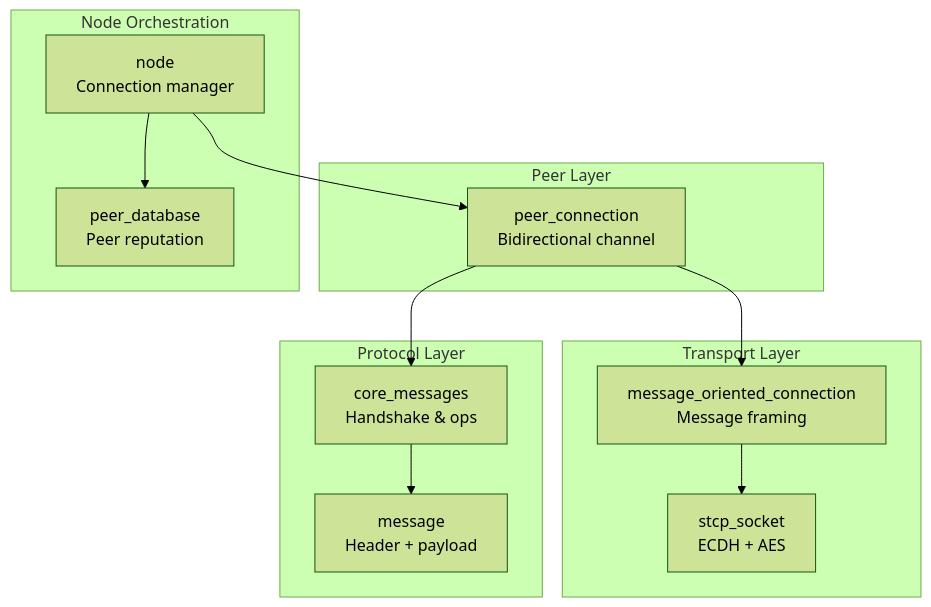
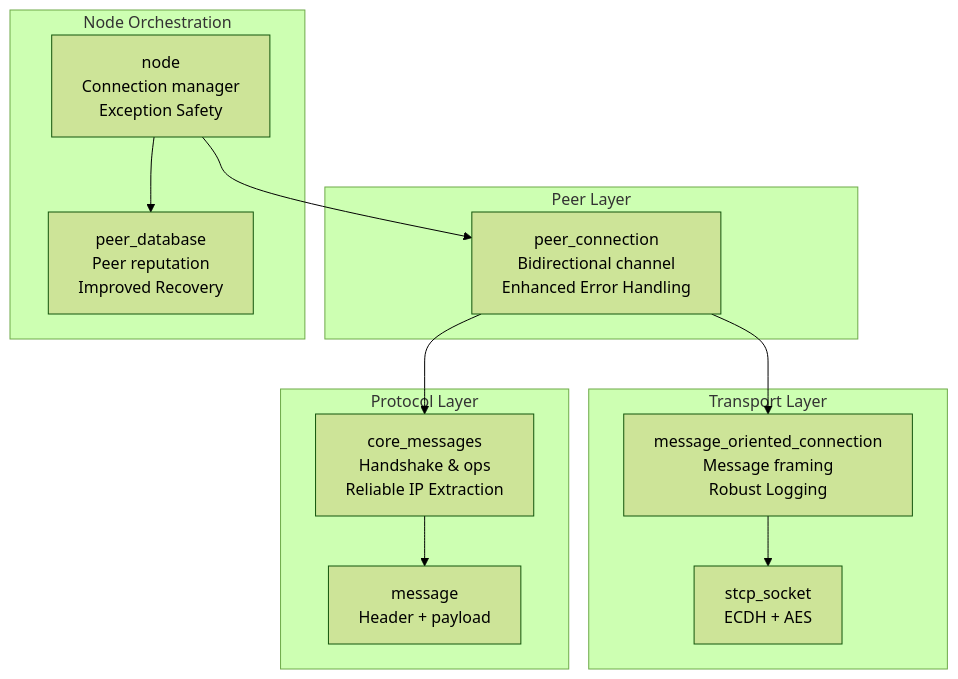
The first of 9 diagrams in .qoder/repowiki/en/content/Architecture Overview/Core Libraries/Network Library/Peer Connection Management.md (VIZ-Blockchain/viz-cpp-node), drawn with Mermaid (forest theme) before and after one commit. The commit also changed other lines of this file and 3 other files, not shown here.

````diff
--- a/.qoder/repowiki/en/content/Architecture Overview/Core Libraries/Network Library/Peer Connection Management.md
+++ b/.qoder/repowiki/en/content/Architecture Overview/Core Libraries/Network Library/Peer Connection Management.md
@@ -45,24 +54,24 @@
 ```mermaid
 graph TB
 subgraph "Peer Layer"
-PC["peer_connection<br/>Bidirectional channel"]
+PC["peer_connection<br/>Bidirectional channel<br/>Enhanced Error Handling"]
 end
 subgraph "Transport Layer"
-MOC["message_oriented_connection<br/>Message framing"]
+MOC["message_oriented_connection<br/>Message framing<br/>Robust Logging"]
 STCP["stcp_socket<br/>ECDH + AES"]
 end
 subgraph "Protocol Layer"
-CM["core_messages<br/>Handshake & ops"]
+CM["core_messages<br/>Handshake & ops<br/>Reliable IP Extraction"]
 MSG["message<br/>Header + payload"]
 end
 subgraph "Node Orchestration"
-N["node<br/>Connection manager"]
-PD["peer_database<br/>Peer reputation"]
+N["node<br/>Connection manager<br/>Exception Safety"]
+PD["peer_database<br/>Peer reputation<br/>Improved Recovery"]
 end
 PC --> MOC
 MOC --> STCP
 PC --> CM
 CM --> MSG
 N --> PC
 N --> PD
 ```
````
